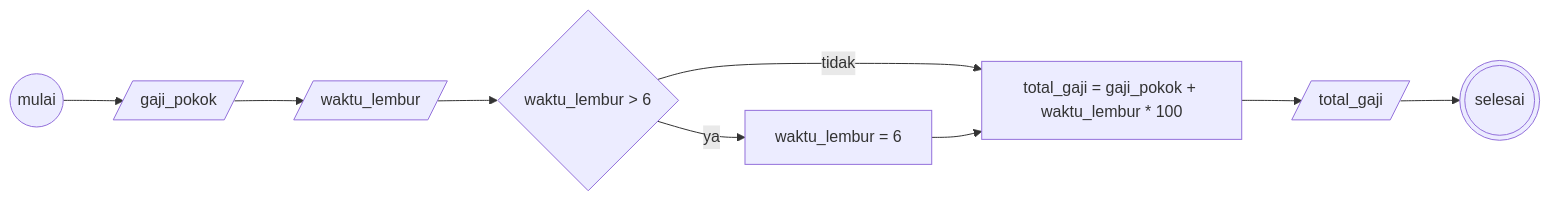
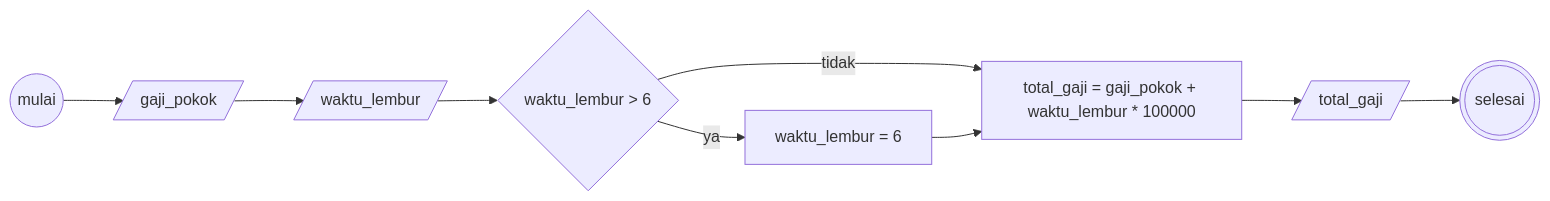
Before and after one commit to daberpro/koda-b10-algo-impl: the diagram in README.md, drawn with Mermaid.

Commit message:
Update TotalGaji calculation to use 100000 multiplier

````diff
--- a/README.md
+++ b/README.md
@@ -20,23 +20,23 @@
 ```mermaid
 flowchart LR
 
     Start((mulai))
     GajiPokok[/gaji_pokok/]
     WaktuLembur[/waktu_lembur/]
     CekWaktuLembur{waktu_lembur > 6}
     WaktuLemburDiambil[waktu_lembur = 6]
-    TotalGaji[total_gaji = gaji_pokok + waktu_lembur * 100]
+    TotalGaji[total_gaji = gaji_pokok + waktu_lembur * 100000]
     CetakHasil[/total_gaji/]
     End(((selesai)))
 
     Start --> GajiPokok
     GajiPokok --> WaktuLembur
     WaktuLembur --> CekWaktuLembur
     CekWaktuLembur --> |ya| WaktuLemburDiambil
     CekWaktuLembur --> |tidak| TotalGaji
     WaktuLemburDiambil --> TotalGaji
     TotalGaji --> CetakHasil
     CetakHasil --> End
 
 
 ```
````
